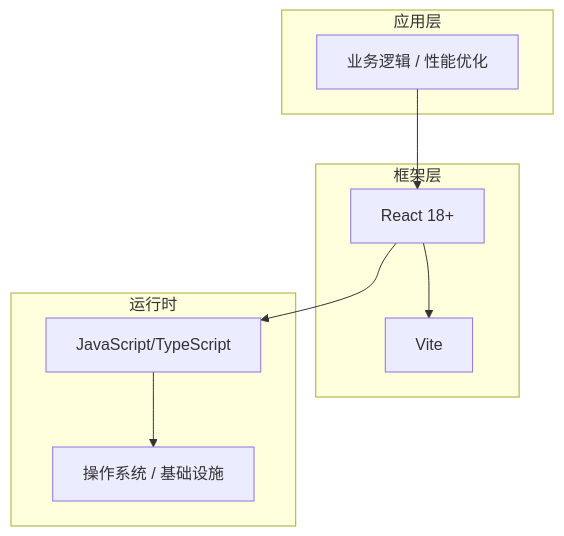
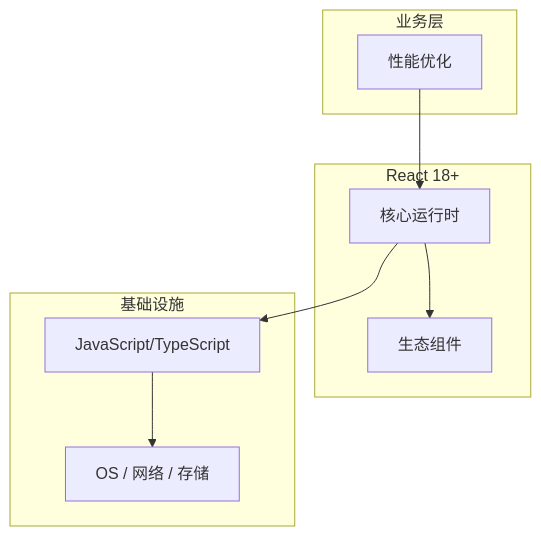
Before and after one commit to yanggan2015/knowledge-json-v2: the diagram in articles/React/chapters/133-性能优化核心概念与原理.md, drawn with Mermaid. The commit also changed other lines of this file and 10127 other files, not shown here.

````diff
--- a/articles/React/chapters/133-性能优化核心概念与原理.md
+++ b/articles/React/chapters/133-性能优化核心概念与原理.md
@@ -45,18 +34,18 @@
 ```mermaid
 graph TB
-    subgraph 应用层
-        A[业务逻辑 / 性能优化]
+    subgraph 业务层
+        A[性能优化]
     end
-    subgraph 框架层
-        B[React 18+]
-        C[Vite]
+    subgraph React 18+
+        B[核心运行时]
+        C[生态组件]
     end
-    subgraph 运行时
+    subgraph 基础设施
         D[JavaScript/TypeScript]
-        E[操作系统 / 基础设施]
+        E[OS / 网络 / 存储]
     end
     A --> B
     B --> C
     B --> D
     D --> E
 ```
````
